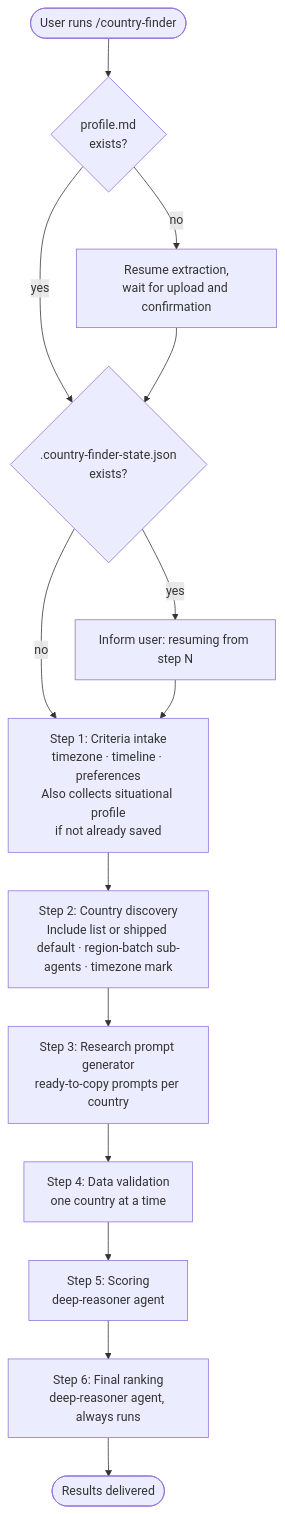
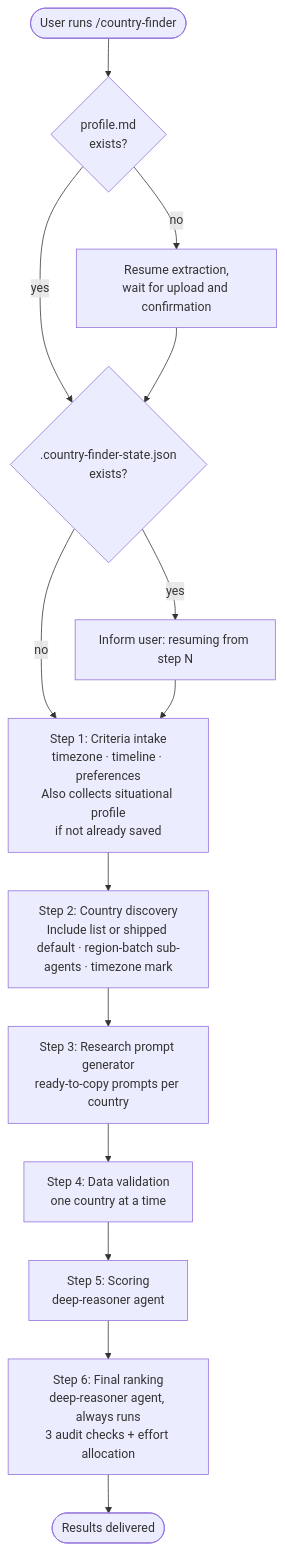
The diagram in docs/commands/country-finder.md (myowinthein/agent-compass), drawn with Mermaid before and after one commit. The commit also changed other lines of this file and 20 other files, not shown here.

````diff
--- a/docs/commands/country-finder.md
+++ b/docs/commands/country-finder.md
@@ -22,19 +22,19 @@
 ```mermaid
 flowchart TD
   Start([User runs /country-finder]) --> Profile{profile.md\nexists?}
   Profile -->|no| Extract[Resume extraction,\nwait for upload and confirmation]
   Profile -->|yes| State
   Extract --> State
 
   State{.country-finder-state.json\nexists?} -->|yes| Resume[Inform user: resuming from step N]
   State -->|no| S1
   Resume --> S1
 
   S1[Step 1: Criteria intake\ntimezone · timeline · preferences\nAlso collects situational profile\nif not already saved] --> S2
   S2[Step 2: Country discovery\nInclude list or shipped default · region-batch sub-agents · timezone mark] --> S3
   S3[Step 3: Research prompt generator\nready-to-copy prompts per country] --> S4
   S4[Step 4: Data validation\none country at a time] --> S5
   S5[Step 5: Scoring\ndeep-reasoner agent] --> S6
-  S6[Step 6: Final ranking\ndeep-reasoner agent, always runs]
+  S6[Step 6: Final ranking\ndeep-reasoner agent, always runs\n3 audit checks + effort allocation]
   S6 --> Done([Results delivered])
 ```
````
